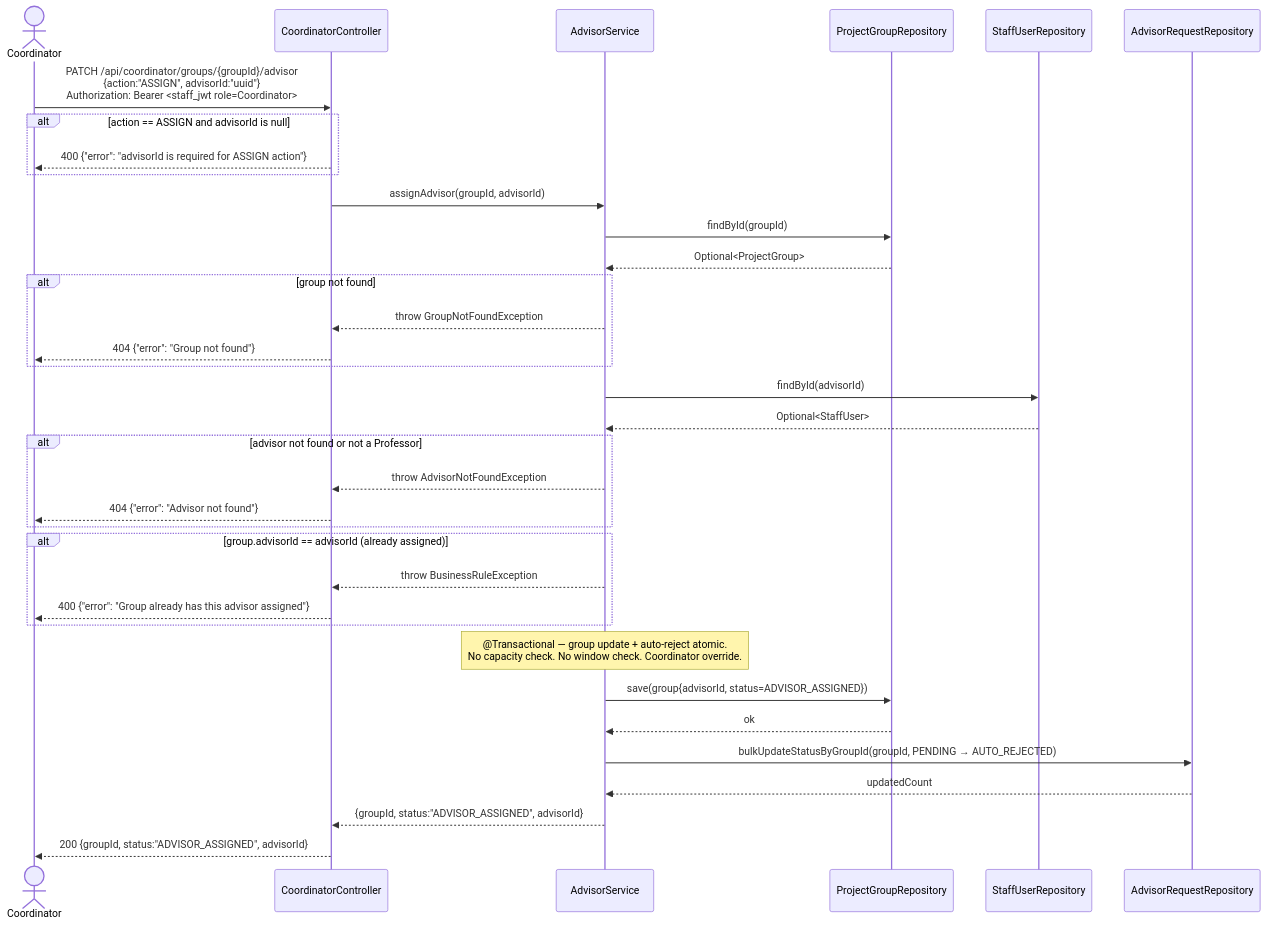
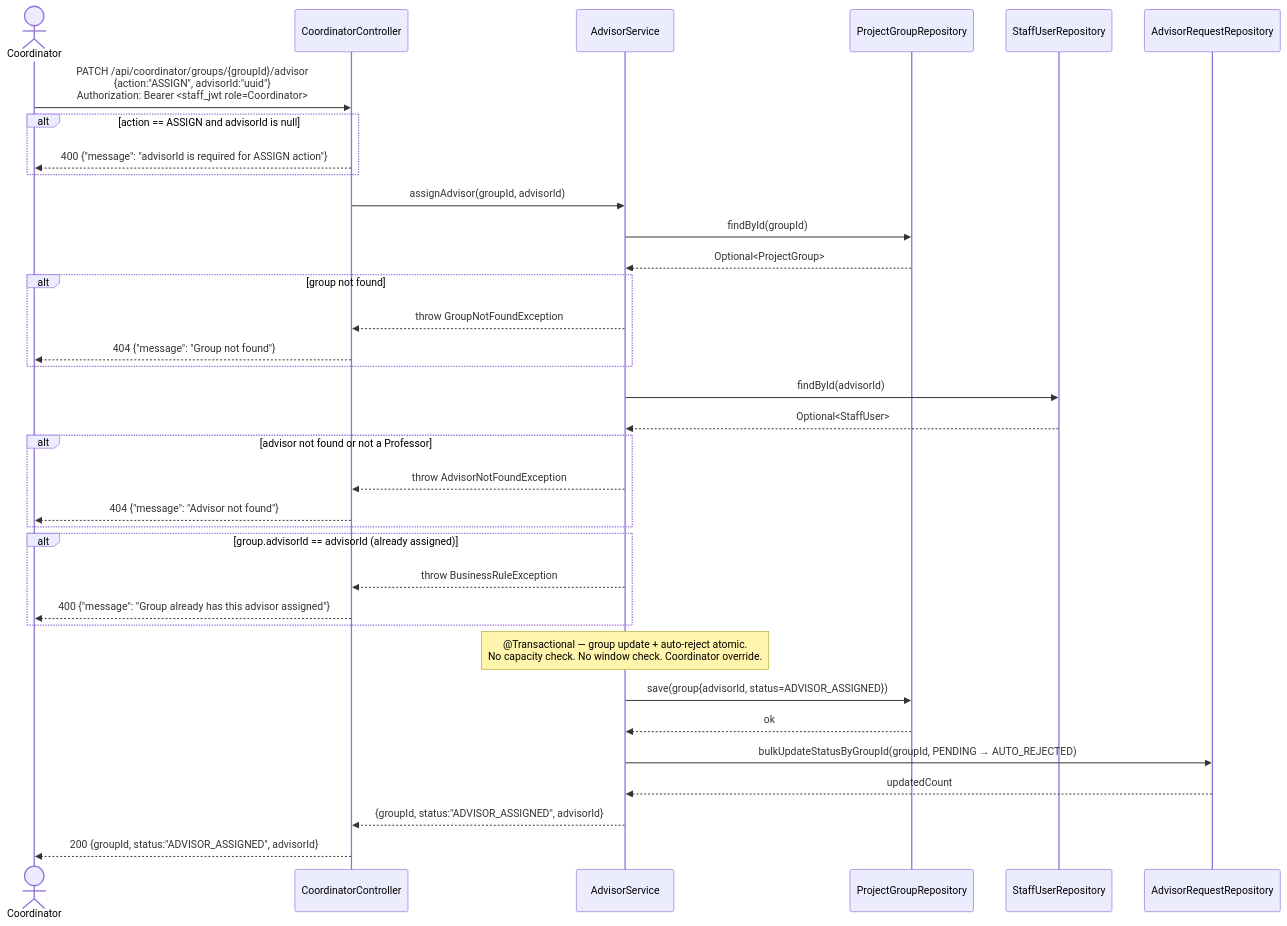
One commit to SE3318-Spring-2025-2026/senior-app-6 changed the second of 3 diagrams in docs/process3/sequences/3.5_coordinator_advisor_p3.md. Above: the diagram before and after it, drawn with Mermaid. The commit also changed other lines of this file and 27 other files, not shown here.

````diff
--- a/docs/process3/sequences/3.5_coordinator_advisor_p3.md
+++ b/docs/process3/sequences/3.5_coordinator_advisor_p3.md
@@ -45,49 +45,49 @@
 ```mermaid
 sequenceDiagram
     actor Coordinator
     participant CoordinatorController
     participant AdvisorService
     participant ProjectGroupRepository
     participant StaffUserRepository
     participant AdvisorRequestRepository
 
     Coordinator->>CoordinatorController: PATCH /api/coordinator/groups/{groupId}/advisor<br/>{action:"ASSIGN", advisorId:"uuid"}<br/>Authorization: Bearer <staff_jwt role=Coordinator>
 
     alt action == ASSIGN and advisorId is null
-        CoordinatorController-->>Coordinator: 400 {"error": "advisorId is required for ASSIGN action"}
+        CoordinatorController-->>Coordinator: 400 {"message": "advisorId is required for ASSIGN action"}
     end
 
     CoordinatorController->>AdvisorService: assignAdvisor(groupId, advisorId)
 
     AdvisorService->>ProjectGroupRepository: findById(groupId)
     ProjectGroupRepository-->>AdvisorService: Optional<ProjectGroup>
 
     alt group not found
         AdvisorService-->>CoordinatorController: throw GroupNotFoundException
-        CoordinatorController-->>Coordinator: 404 {"error": "Group not found"}
+        CoordinatorController-->>Coordinator: 404 {"message": "Group not found"}
     end
 
     AdvisorService->>StaffUserRepository: findById(advisorId)
     StaffUserRepository-->>AdvisorService: Optional<StaffUser>
 
     alt advisor not found or not a Professor
         AdvisorService-->>CoordinatorController: throw AdvisorNotFoundException
-        CoordinatorController-->>Coordinator: 404 {"error": "Advisor not found"}
+        CoordinatorController-->>Coordinator: 404 {"message": "Advisor not found"}
     end
 
     alt group.advisorId == advisorId (already assigned)
         AdvisorService-->>CoordinatorController: throw BusinessRuleException
-        CoordinatorController-->>Coordinator: 400 {"error": "Group already has this advisor assigned"}
+        CoordinatorController-->>Coordinator: 400 {"message": "Group already has this advisor assigned"}
     end
 
     Note over AdvisorService: @Transactional — group update + auto-reject atomic.<br/>No capacity check. No window check. Coordinator override.
 
     AdvisorService->>ProjectGroupRepository: save(group{advisorId, status=ADVISOR_ASSIGNED})
     ProjectGroupRepository-->>AdvisorService: ok
 
     AdvisorService->>AdvisorRequestRepository: bulkUpdateStatusByGroupId(groupId, PENDING → AUTO_REJECTED)
     AdvisorRequestRepository-->>AdvisorService: updatedCount
 
     AdvisorService-->>CoordinatorController: {groupId, status:"ADVISOR_ASSIGNED", advisorId}
     CoordinatorController-->>Coordinator: 200 {groupId, status:"ADVISOR_ASSIGNED", advisorId}
 ```
````
